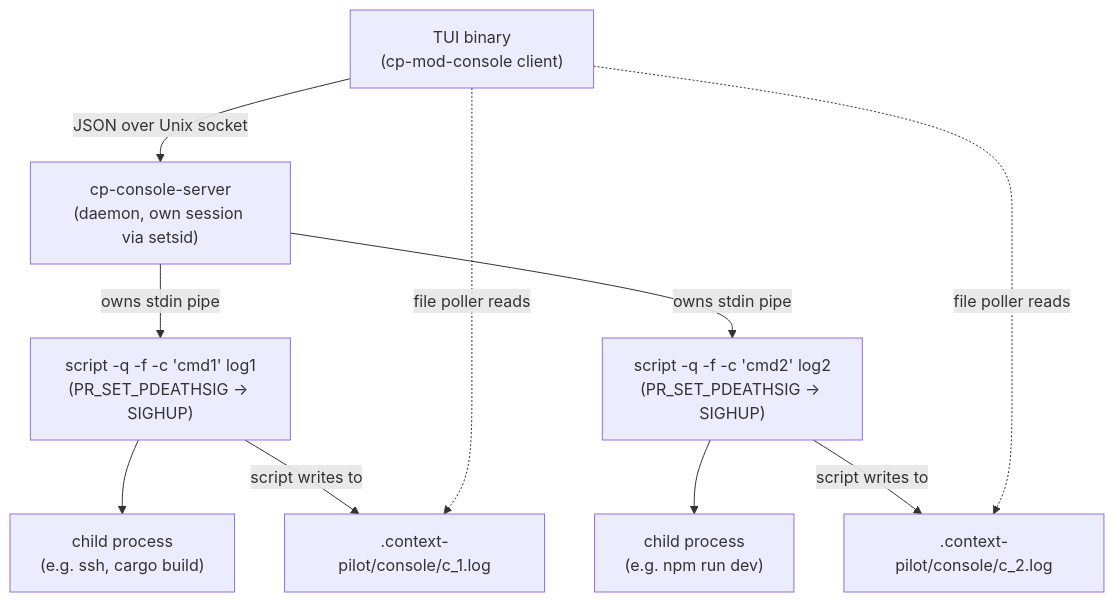
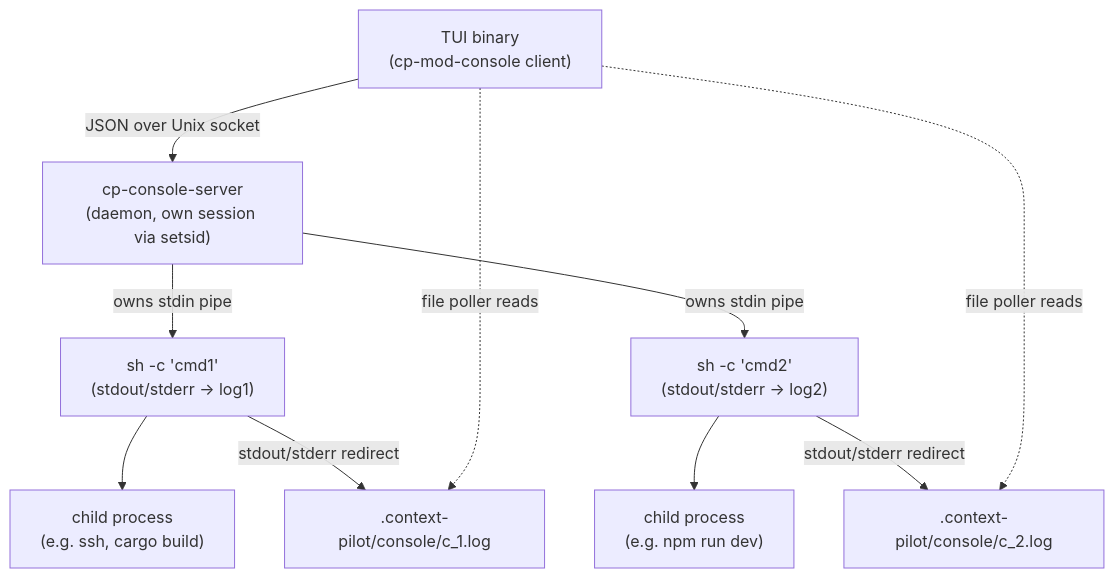
Before and after one commit to bigmoostache/tui: the first of 3 diagrams in docs/console-server.md, drawn with Mermaid. The commit also changed other lines of this file and 4 other files, not shown here.

First line of the commit message:
fix: replace prctl(PR_SET_PDEATHSIG) with signal-handler cleanup

````diff
--- a/docs/console-server.md
+++ b/docs/console-server.md
@@ -11,21 +11,21 @@
 ```mermaid
 graph TD
     TUI["TUI binary<br/>(cp-mod-console client)"]
     SRV["cp-console-server<br/>(daemon, own session via setsid)"]
-    S1["script -q -f -c 'cmd1' log1<br/>(PR_SET_PDEATHSIG → SIGHUP)"]
-    S2["script -q -f -c 'cmd2' log2<br/>(PR_SET_PDEATHSIG → SIGHUP)"]
+    S1["sh -c 'cmd1'<br/>(stdout/stderr → log1)"]
+    S2["sh -c 'cmd2'<br/>(stdout/stderr → log2)"]
     C1["child process<br/>(e.g. ssh, cargo build)"]
     C2["child process<br/>(e.g. npm run dev)"]
     LOG1[".context-pilot/console/c_1.log"]
     LOG2[".context-pilot/console/c_2.log"]
 
     TUI -- "JSON over Unix socket" --> SRV
     SRV -- "owns stdin pipe" --> S1
     SRV -- "owns stdin pipe" --> S2
     S1 --> C1
     S2 --> C2
-    S1 -- "script writes to" --> LOG1
-    S2 -- "script writes to" --> LOG2
+    S1 -- "stdout/stderr redirect" --> LOG1
+    S2 -- "stdout/stderr redirect" --> LOG2
     TUI -. "file poller reads" .-> LOG1
     TUI -. "file poller reads" .-> LOG2
 ```
````
